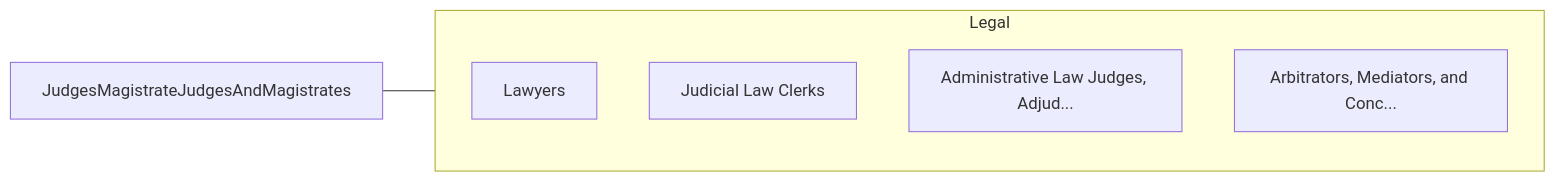
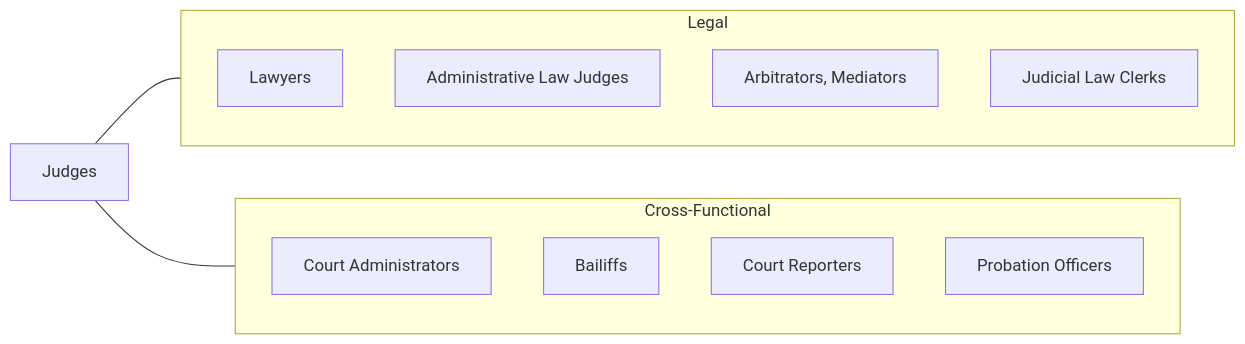
The fourth of 4 diagrams in occupations/Legal/JudgesMagistrateJudgesAndMagistrates.mdx (kziemski/business.org.ai), drawn with Mermaid before and after one commit. The commit also changed other lines of this file and 938 other files, not shown here.

````diff
--- a/occupations/Legal/JudgesMagistrateJudgesAndMagistrates.mdx
+++ b/occupations/Legal/JudgesMagistrateJudgesAndMagistrates.mdx
@@ -104,13 +203,21 @@
 ```mermaid
 graph LR
-    Current["JudgesMagistrateJudgesAndMagistrates"]
+    Current["Judges"]
 
     subgraph SameCategory["Legal"]
         Lawyers["Lawyers"]
-        JudicialLawClerks["Judicial Law Clerks"]
-        AdministrativeLawJud["Administrative Law Judges, Adjud..."]
-        ArbitratorsMediators["Arbitrators, Mediators, and Conc..."]
+        ALJ["Administrative Law Judges"]
+        Arbitrators["Arbitrators, Mediators"]
+        JLC["Judicial Law Clerks"]
+    end
+
+    subgraph CrossFunctional["Cross-Functional"]
+        CourtAdmin["Court Administrators"]
+        Bailiffs["Bailiffs"]
+        CourtReporters["Court Reporters"]
+        ProbationOff["Probation Officers"]
     end
 
     Current --- SameCategory
+    Current --- CrossFunctional
 ```
````
